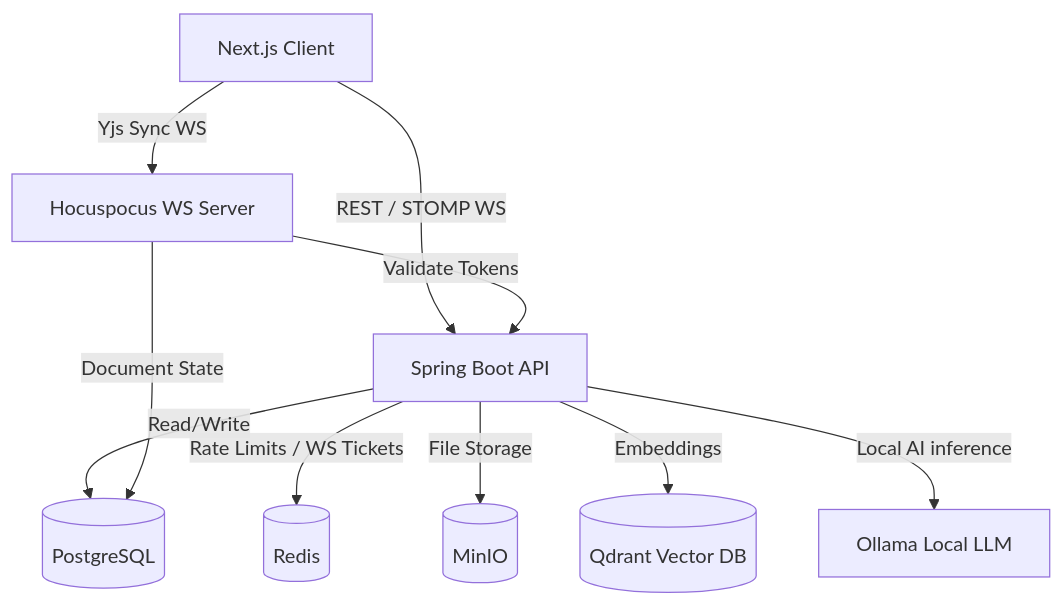
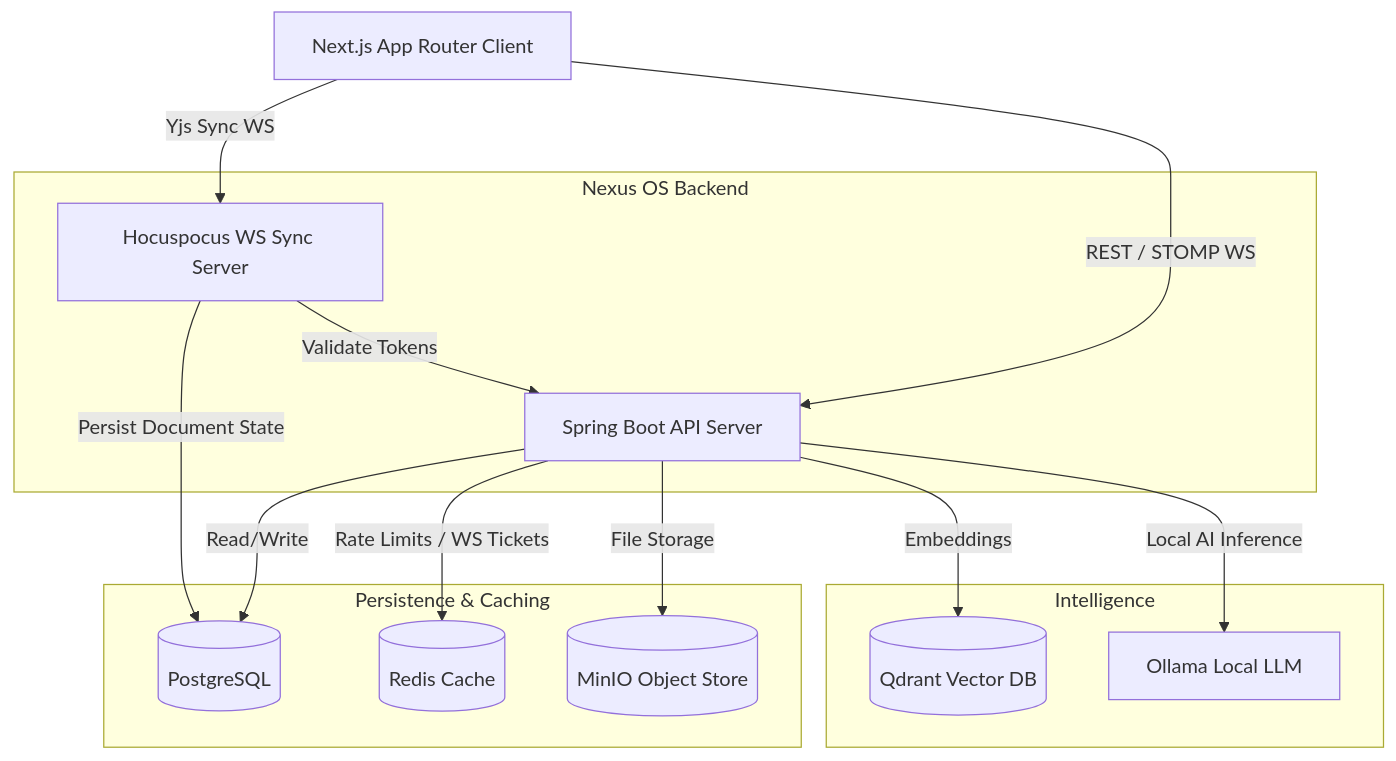
One commit to Anuraagsingh132/Nexus-os changed the diagram in README.md. Above: the diagram before and after it, drawn with Mermaid. The commit also changed other lines of this file, not shown here.

````diff
--- a/README.md
+++ b/README.md
@@ -20,24 +105,32 @@
 ```mermaid
 graph TD
-    Client[Next.js Client]
-    API[Spring Boot API]
-    Hocuspocus[Hocuspocus WS Server]
+    Client[Next.js App Router Client]
     
-    DB[(PostgreSQL)]
-    Redis[(Redis)]
-    MinIO[(MinIO)]
-    Qdrant[(Qdrant Vector DB)]
-    Ollama[Ollama Local LLM]
+    subgraph Backend [Nexus OS Backend]
+        API[Spring Boot API Server]
+        Hocuspocus[Hocuspocus WS Sync Server]
+    end
+    
+    subgraph Data Layer [Persistence & Caching]
+        DB[(PostgreSQL)]
+        Redis[(Redis Cache)]
+        MinIO[(MinIO Object Store)]
+    end
+    
+    subgraph AI Engine [Intelligence]
+        Qdrant[(Qdrant Vector DB)]
+        Ollama[Ollama Local LLM]
+    end
     
     Client -- REST / STOMP WS --> API
     Client -- Yjs Sync WS --> Hocuspocus
     
     API -- Read/Write --> DB
     API -- Rate Limits / WS Tickets --> Redis
     API -- File Storage --> MinIO
     API -- Embeddings --> Qdrant
-    API -- Local AI inference --> Ollama
+    API -- Local AI Inference --> Ollama
     
     Hocuspocus -- Validate Tokens --> API
-    Hocuspocus -- Document State --> DB
+    Hocuspocus -- Persist Document State --> DB
 ```
````
